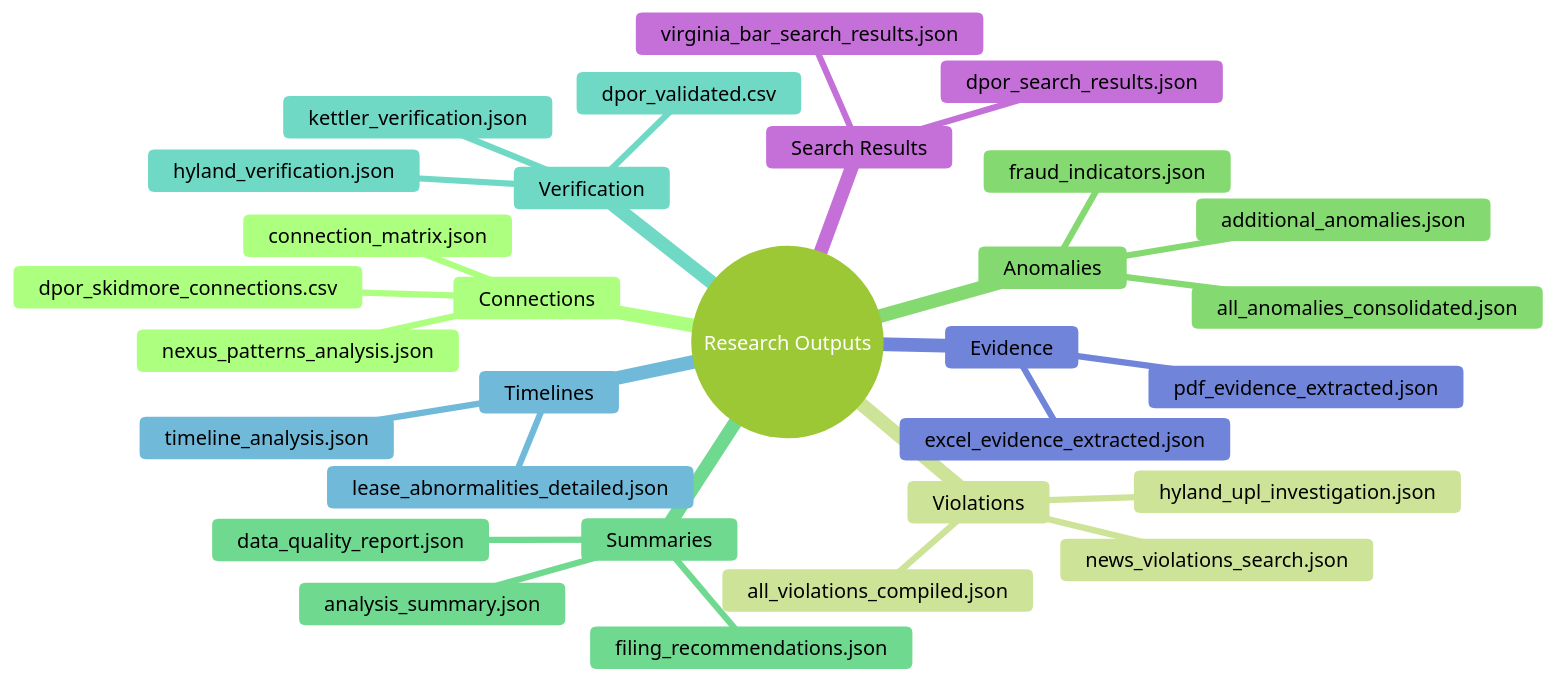
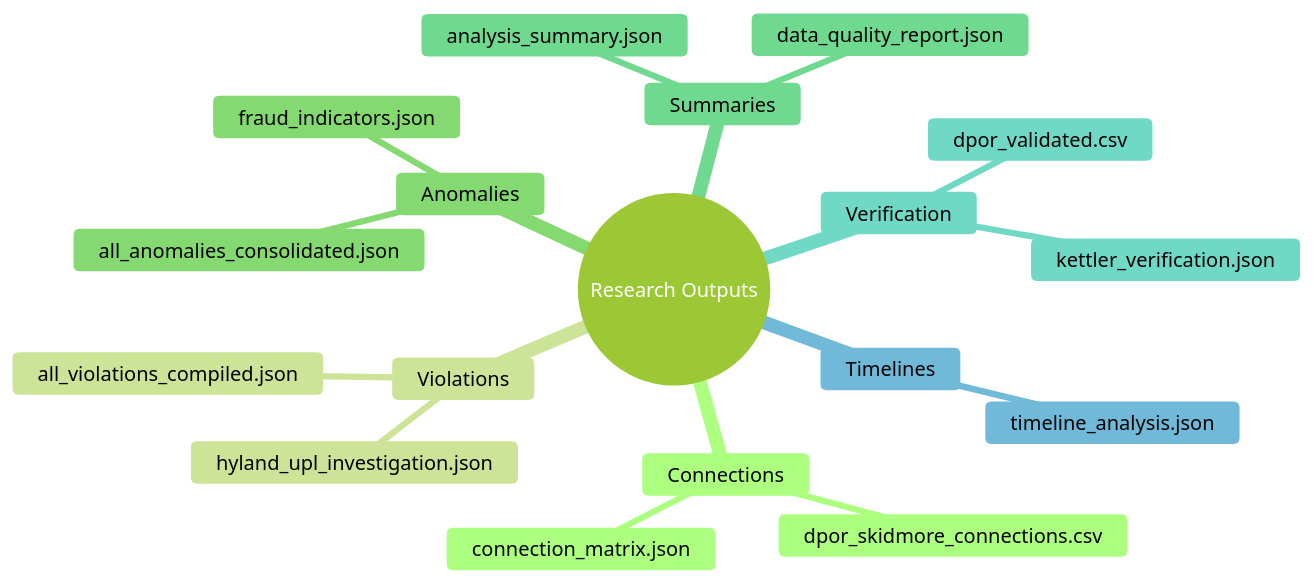
One commit to 1digitaldesign/kettler-data-analysis changed the second of 2 diagrams in docs/COMPONENTS.md. Above: the diagram before and after it, drawn with Mermaid (forest theme). The commit also changed other lines of this file and 5 other files, not shown here.

````diff
--- a/docs/COMPONENTS.md
+++ b/docs/COMPONENTS.md
@@ -140,33 +181,21 @@
 ```mermaid
 mindmap
   root((Research Outputs))
     Connections
       dpor_skidmore_connections.csv
       connection_matrix.json
-      nexus_patterns_analysis.json
     Violations
       all_violations_compiled.json
       hyland_upl_investigation.json
-      news_violations_search.json
     Anomalies
       all_anomalies_consolidated.json
       fraud_indicators.json
-      additional_anomalies.json
     Summaries
       analysis_summary.json
       data_quality_report.json
-      filing_recommendations.json
     Verification
       dpor_validated.csv
       kettler_verification.json
-      hyland_verification.json
     Timelines
       timeline_analysis.json
-      lease_abnormalities_detailed.json
-    Evidence
-      pdf_evidence_extracted.json
-      excel_evidence_extracted.json
-    Search Results
-      dpor_search_results.json
-      virginia_bar_search_results.json
 ```
````
